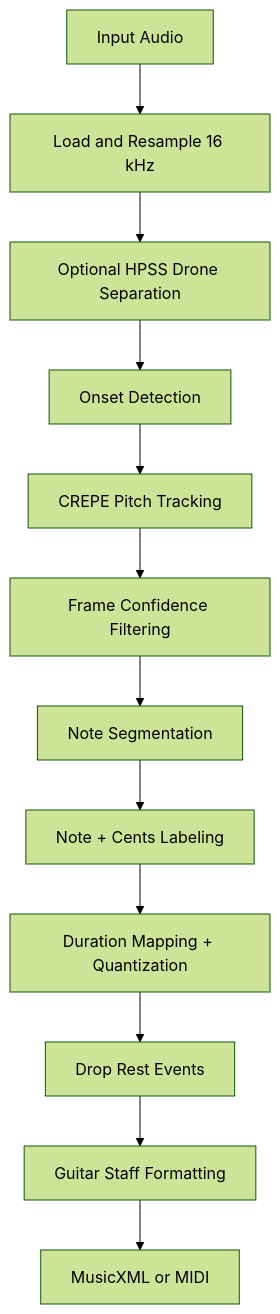
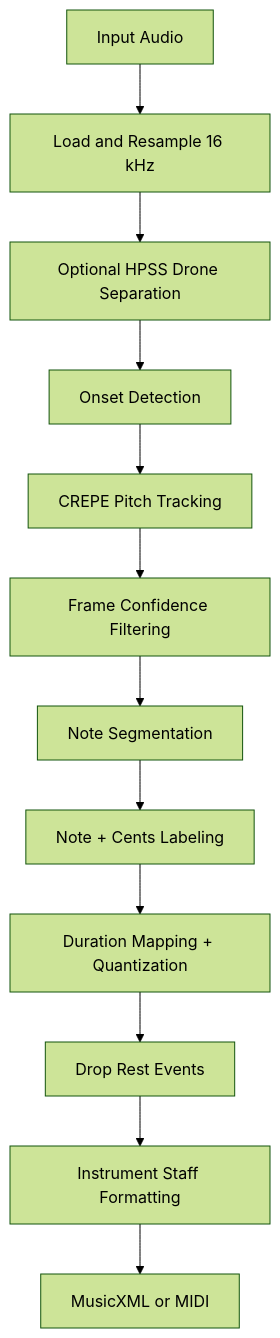
One commit to mohamedainab/kaban changed the diagram in README.md. Above: the diagram before and after it, drawn with Mermaid (forest theme). The commit also changed other lines of this file and 9 other files, not shown here.

````diff
--- a/README.md
+++ b/README.md
@@ -147,14 +160,14 @@
 ```mermaid
 flowchart TD
    A[Input Audio] --> B[Load and Resample 16 kHz]
    B --> C[Optional HPSS Drone Separation]
    C --> D[Onset Detection]
    D --> E[CREPE Pitch Tracking]
    E --> F[Frame Confidence Filtering]
    F --> G[Note Segmentation]
    G --> H[Note + Cents Labeling]
    H --> I[Duration Mapping + Quantization]
    I --> J[Drop Rest Events]
-   J --> K[Guitar Staff Formatting]
+   J --> K[Instrument Staff Formatting]
    K --> L[MusicXML or MIDI]
 ```
````
